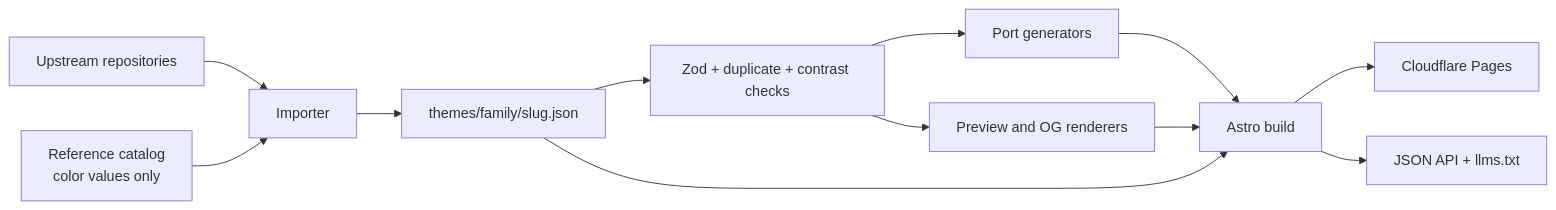
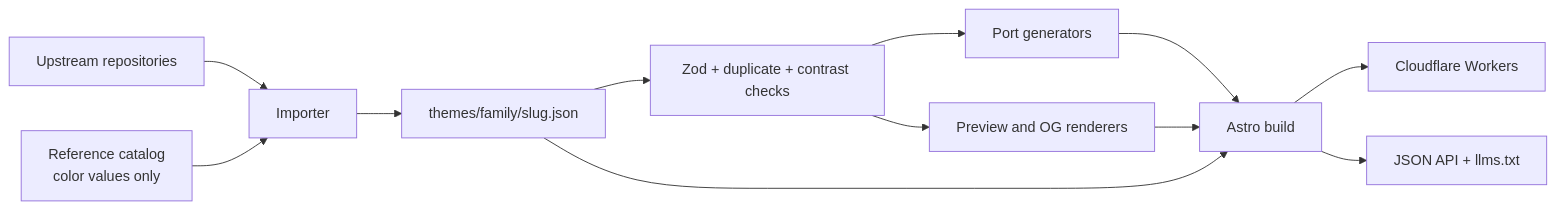
The diagram in PLAN.md (ZxBing0066/terminal-themes), drawn with Mermaid before and after one commit. The commit also changed other lines of this file and 24 other files, not shown here.

````diff
--- a/PLAN.md
+++ b/PLAN.md
@@ -135,14 +139,14 @@
 ```mermaid
 flowchart LR
   A[Upstream repositories] --> C[Importer]
   B[Reference catalog<br/>color values only] --> C
   C --> D[themes/family/slug.json]
   D --> E[Zod + duplicate + contrast checks]
   E --> F[Port generators]
   E --> G[Preview and OG renderers]
   F --> H[Astro build]
   G --> H
   D --> H
-  H --> I[Cloudflare Pages]
+  H --> I[Cloudflare Workers]
   H --> J[JSON API + llms.txt]
 ```
````
